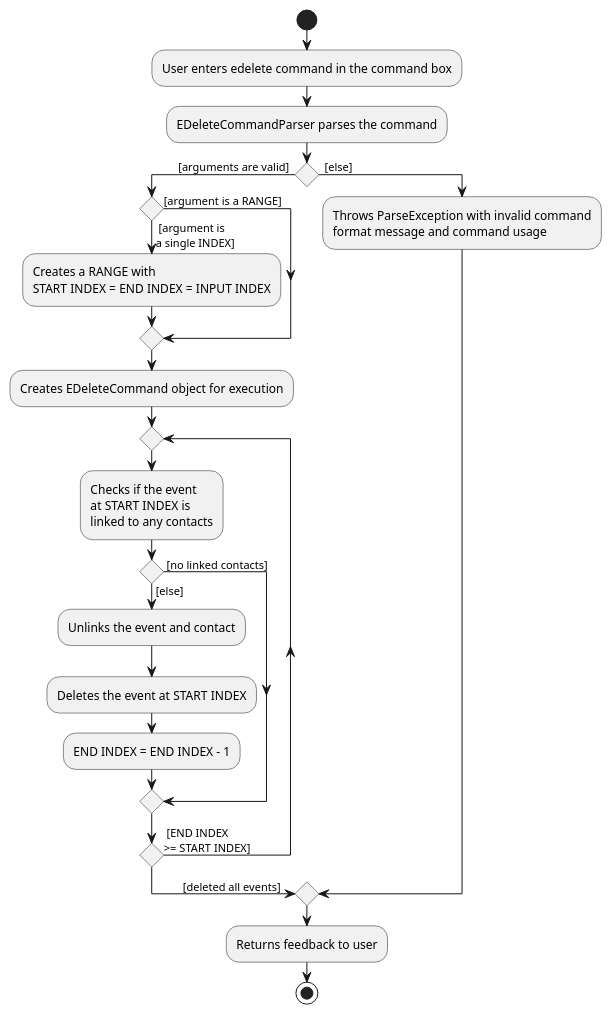
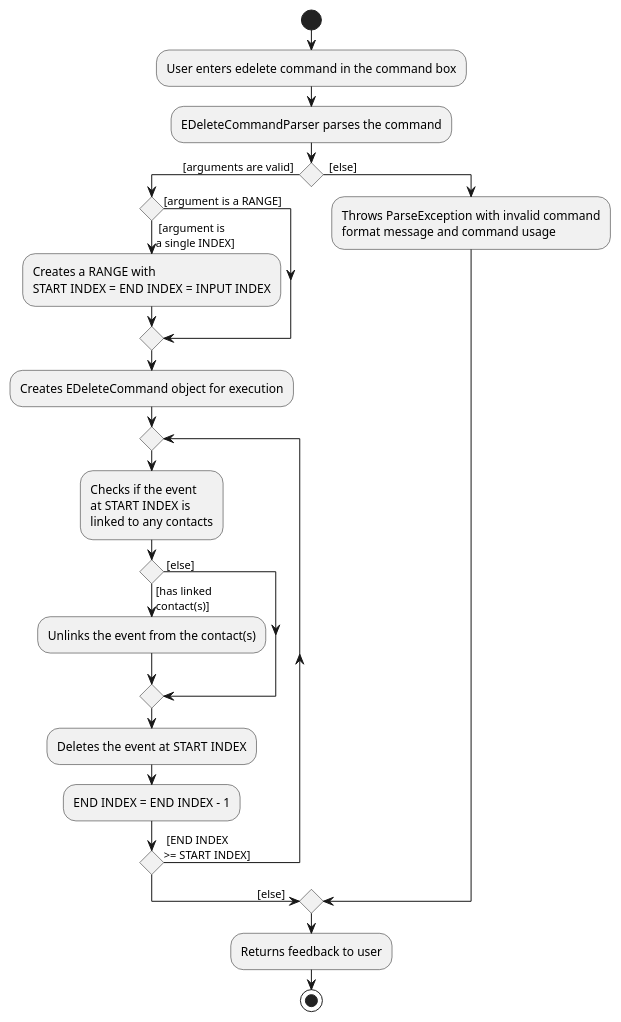
One commit to xiangjunn/tp changed the diagram in docs/diagrams/EDeleteActivityDiagram.puml. Above: the diagram before and after it, drawn with PlantUML. The commit also changed 1 other file, not shown here.

Commit message:
Fix edelete activiy diagram

```diff
--- a/docs/diagrams/EDeleteActivityDiagram.puml
+++ b/docs/diagrams/EDeleteActivityDiagram.puml
@@ -1,36 +1,37 @@
 @startuml
 'https://plantuml.com/activity-diagram-beta
 
 start
 :User enters edelete command in the command box;
 :EDeleteCommandParser parses the command;
 if () then ([arguments are valid]  )
     if () then ( [argument is\na single INDEX])
     :Creates a RANGE with\nSTART INDEX = END INDEX = INPUT INDEX;
 
     else ([argument is a RANGE])
 
     endif
 :Creates EDeleteCommand object for execution;
 
   repeat
   :Checks if the event\nat START INDEX is\nlinked to any contacts;
-    if () then ( [no linked contacts])
+    if () then ( [else])
 
-    else ([else])
-    :Unlinks the event and contact;
+    else ([has linked\ncontact(s)])
+    :Unlinks the event from the contact(s);
+
+    endif
     :Deletes the event at START INDEX;
     :END INDEX = END INDEX - 1;
-    endif
   repeat while () is ( [END INDEX \n>= START INDEX])
-  -> [deleted all events]     ;
+  -> [else]     ;
 
 else (  [else])
 :Throws ParseException with invalid command\nformat message and command usage;
 endif
 
 :Returns feedback to user;
 
 stop
 
 @enduml
```
